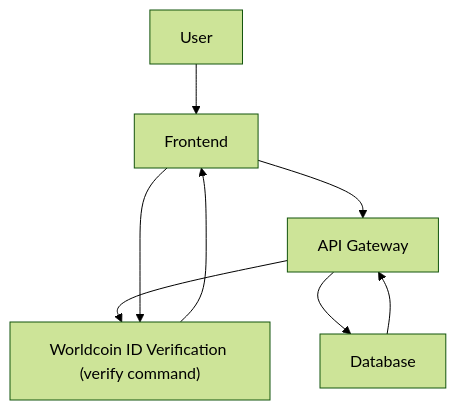
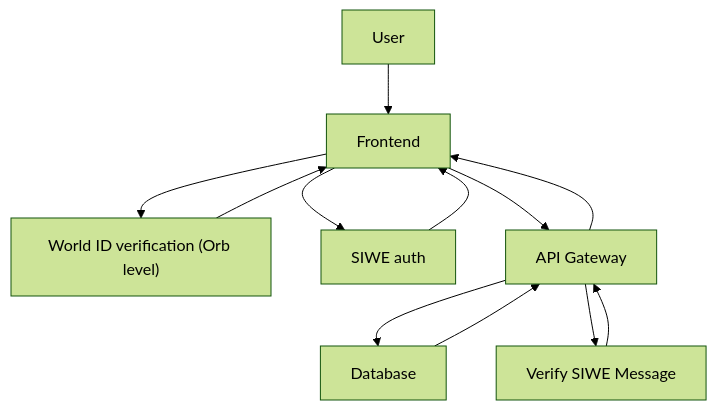
The diagram in README.md (GeneralMagicio/worldview-fe), drawn with Mermaid (forest theme) before and after one commit. The commit also changed other lines of this file, not shown here.

Commit message:
Update app README file

````diff
--- a/README.md
+++ b/README.md
@@ -30,10 +31,14 @@
 ```mermaid
 graph TB
     User-->Frontend["Frontend"]
+    Frontend-->WorldcoinID["World ID verification (Orb level)"]
+    Frontend-->SIWE["SIWE auth"]
+    SIWE-->Frontend
     Frontend-->API["API Gateway"]
-    API-->WorldcoinID["Worldcoin ID Verification (verify command)"]
     API-->Database["Database"]
-    Frontend-->WorldcoinID
+    API-->VerifyMessage["Verify SIWE Message"]
+    VerifyMessage-->API
+    API-->Frontend
     WorldcoinID-->Frontend
     Database-->API
 ```
````
